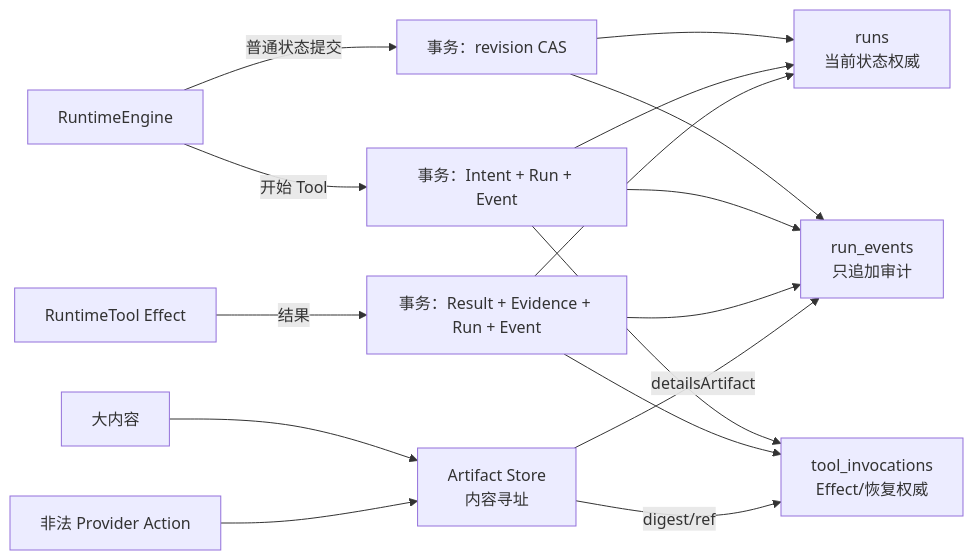
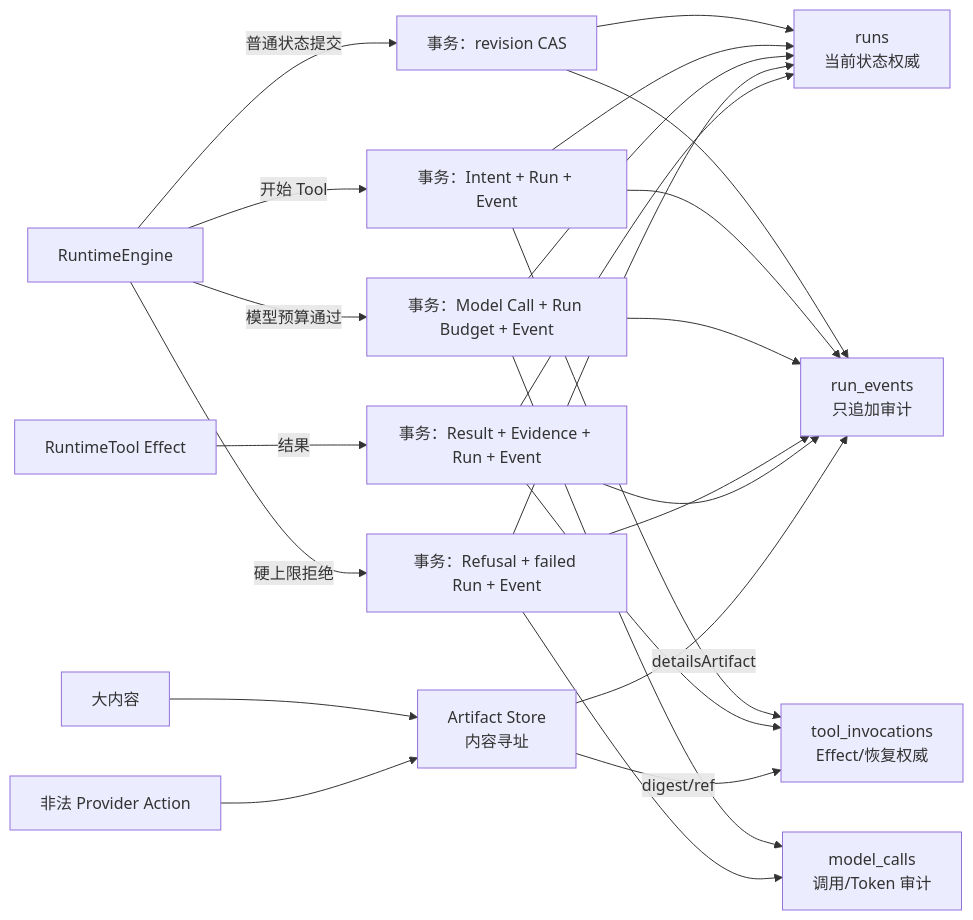
One commit to Atman-Angle/Nexora-Agent changed the second of 3 diagrams in DATA_FLOW.md. Above: the diagram before and after it, drawn with Mermaid. The commit also changed other lines of this file and 15 other files, not shown here.

Commit message:
feat(runtime): add context budget accounting

````diff
--- a/DATA_FLOW.md
+++ b/DATA_FLOW.md
@@ -81,21 +83,30 @@
 ```mermaid
 flowchart LR
     RUNTIME["RuntimeEngine"] -->|"普通状态提交"| TX1["事务：revision CAS"]
     TX1 --> RUNS["runs<br/>当前状态权威"]
     TX1 --> EVENTS["run_events<br/>只追加审计"]
 
     RUNTIME -->|"开始 Tool"| TX2["事务：Intent + Run + Event"]
     TX2 --> INV["tool_invocations<br/>Effect/恢复权威"]
     TX2 --> RUNS
     TX2 --> EVENTS
 
+    RUNTIME -->|"模型预算通过"| TXM["事务：Model Call + Run Budget + Event"]
+    TXM --> CALLS["model_calls<br/>调用/Token 审计"]
+    TXM --> RUNS
+    TXM --> EVENTS
+    RUNTIME -->|"硬上限拒绝"| TXR["事务：Refusal + failed Run + Event"]
+    TXR --> CALLS
+    TXR --> RUNS
+    TXR --> EVENTS
+
     TOOL["RuntimeTool Effect"] -->|"结果"| TX3["事务：Result + Evidence + Run + Event"]
     TX3 --> INV
     TX3 --> RUNS
     TX3 --> EVENTS
 
     LARGE["大内容"] --> ART["Artifact Store<br/>内容寻址"]
     ART -->|"digest/ref"| INV
     REJECTED["非法 Provider Action"] --> ART
     ART -->|"detailsArtifact"| EVENTS
 ```
````
